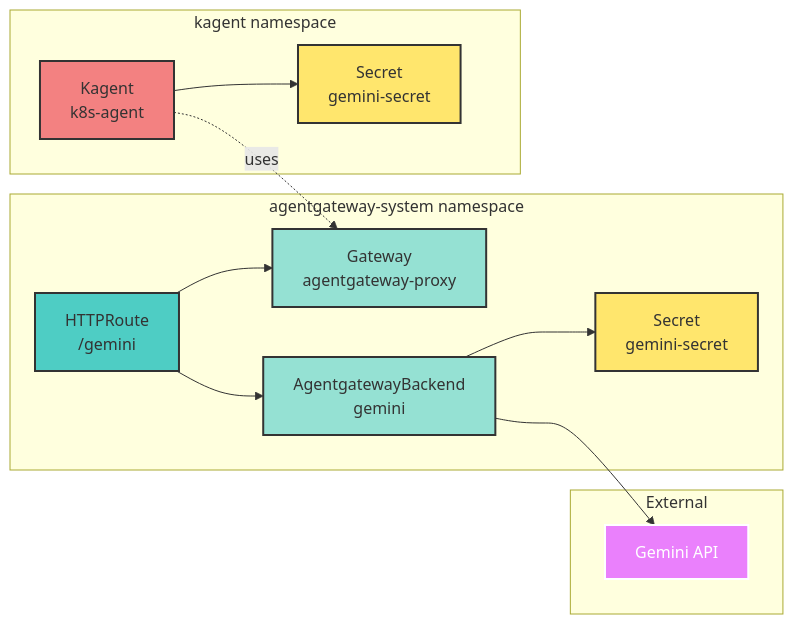
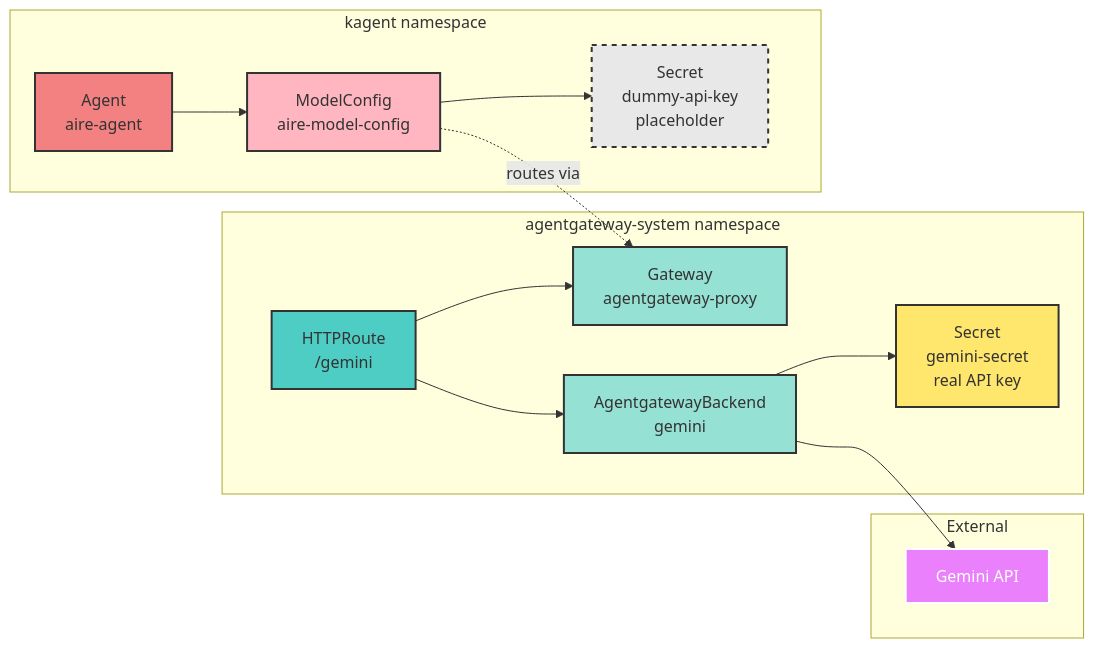
The second of 3 diagrams in README.md (ikaliuzh/aire-agents), drawn with Mermaid before and after one commit. The commit also changed other lines of this file, not shown here.

Commit message:
Update README.md to clarify authentication architecture and API key usage

````diff
--- a/README.md
+++ b/README.md
@@ -80,35 +80,38 @@
 ```mermaid
 graph LR
     subgraph "agentgateway-system namespace"
         GW[Gateway<br/>agentgateway-proxy]
         HR[HTTPRoute<br/>/gemini]
         BE[AgentgatewayBackend<br/>gemini]
-        SEC1[Secret<br/>gemini-secret]
+        SEC1[Secret<br/>gemini-secret<br/>real API key]
 
         HR --> GW
         HR --> BE
         BE --> SEC1
     end
 
     subgraph "kagent namespace"
-        KA[Kagent<br/>k8s-agent]
-        SEC2[Secret<br/>gemini-secret]
+        AGENT[Agent<br/>aire-agent]
+        MC[ModelConfig<br/>aire-model-config]
+        SEC2[Secret<br/>dummy-api-key<br/>placeholder]
 
-        KA --> SEC2
-        KA -.uses.-> GW
+        AGENT --> MC
+        MC --> SEC2
+        MC -.routes via.-> GW
     end
 
     subgraph "External"
         GAPI[Gemini API]
     end
 
     BE --> GAPI
 
     style GW fill:#95E1D3,stroke:#333,stroke-width:2px
     style BE fill:#95E1D3,stroke:#333,stroke-width:2px
     style HR fill:#4ECDC4,stroke:#333,stroke-width:2px
-    style KA fill:#F38181,stroke:#333,stroke-width:2px
+    style AGENT fill:#F38181,stroke:#333,stroke-width:2px
+    style MC fill:#FFB6C1,stroke:#333,stroke-width:2px
     style SEC1 fill:#FFE66D,stroke:#333,stroke-width:2px
-    style SEC2 fill:#FFE66D,stroke:#333,stroke-width:2px
+    style SEC2 fill:#E8E8E8,stroke:#333,stroke-width:2px,stroke-dasharray: 5 5
     style GAPI fill:#EA80FC,stroke:#fff,stroke-width:2px,color:#fff
 ```
````
